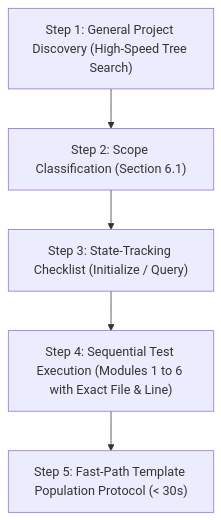
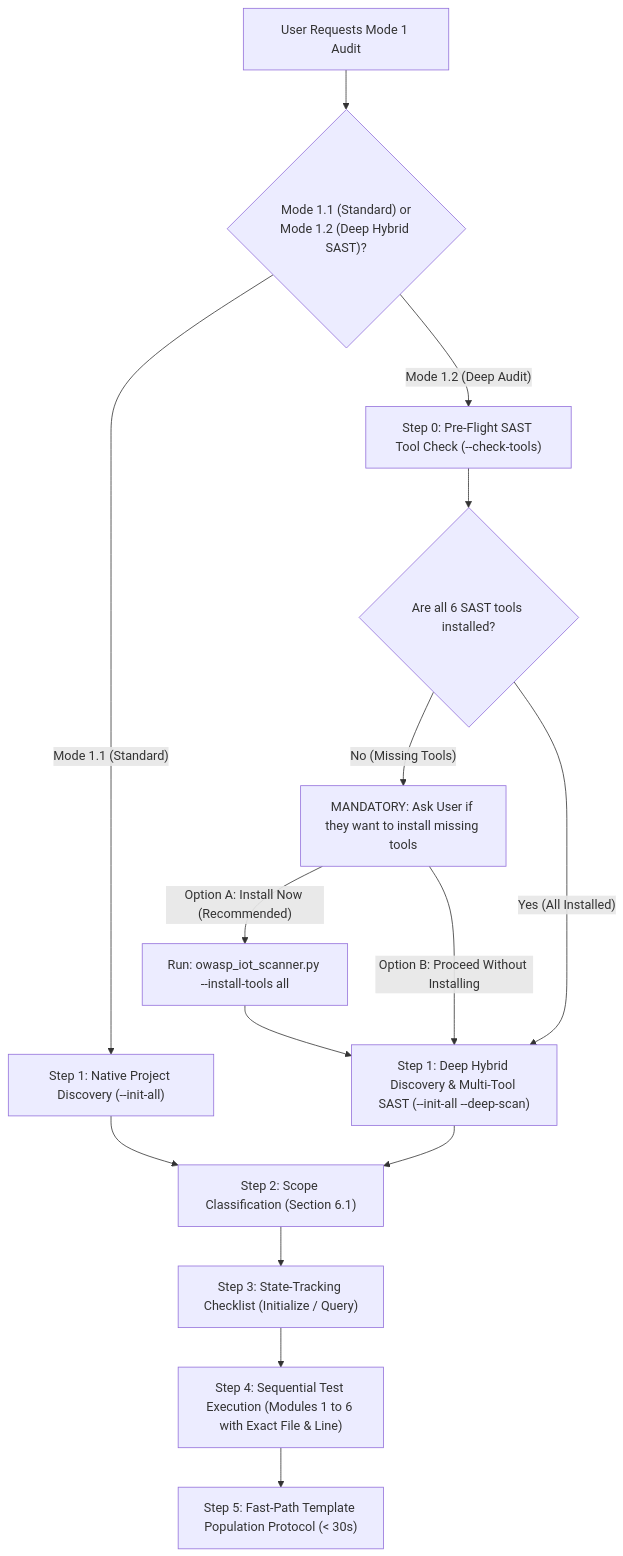
Before and after one commit to BrunoReiff/embed-sec-auditor: the diagram in .agents/skills/owasp-iot-auditor/modes/mode_1_full_audit.md, drawn with Mermaid. The commit also changed other lines of this file and 12 other files, not shown here.

Commit message:
feat(mode-1.2): add modular CLI router, deep SAST suite orchestrator, interactive tool installer, and CLI quick reference

````diff
--- a/.agents/skills/owasp-iot-auditor/modes/mode_1_full_audit.md
+++ b/.agents/skills/owasp-iot-auditor/modes/mode_1_full_audit.md
@@ -25,7 +46,19 @@
 ```mermaid
 flowchart TD
-    A["Step 1: General Project Discovery (High-Speed Tree Search)"] --> B["Step 2: Scope Classification (Section 6.1)"]
+    Start["User Requests Mode 1 Audit"] --> WhichProfile{"Mode 1.1 (Standard) or<br>Mode 1.2 (Deep Hybrid SAST)?"}
+    
+    WhichProfile -- "Mode 1.1 (Standard)" --> A["Step 1: Native Project Discovery (--init-all)"]
+    WhichProfile -- "Mode 1.2 (Deep Audit)" --> Step0["Step 0: Pre-Flight SAST Tool Check (--check-tools)"]
+    
+    Step0 --> ToolsOK{"Are all 6 SAST tools installed?"}
+    ToolsOK -- "No (Missing Tools)" --> AskInstall["MANDATORY: Ask User if they want to install missing tools"]
+    AskInstall -- "Option A: Install Now (Recommended)" --> DoInstall["Run: owasp_iot_scanner.py --install-tools all"]
+    DoInstall --> A_Deep["Step 1: Deep Hybrid Discovery & Multi-Tool SAST (--init-all --deep-scan)"]
+    AskInstall -- "Option B: Proceed Without Installing" --> A_Deep
+    ToolsOK -- "Yes (All Installed)" --> A_Deep
+    
+    A & A_Deep --> B["Step 2: Scope Classification (Section 6.1)"]
     B --> C["Step 3: State-Tracking Checklist (Initialize / Query)"]
     C --> D["Step 4: Sequential Test Execution (Modules 1 to 6 with Exact File & Line)"]
     D --> E["Step 5: Fast-Path Template Population Protocol (< 30s)"]
 ```
````
